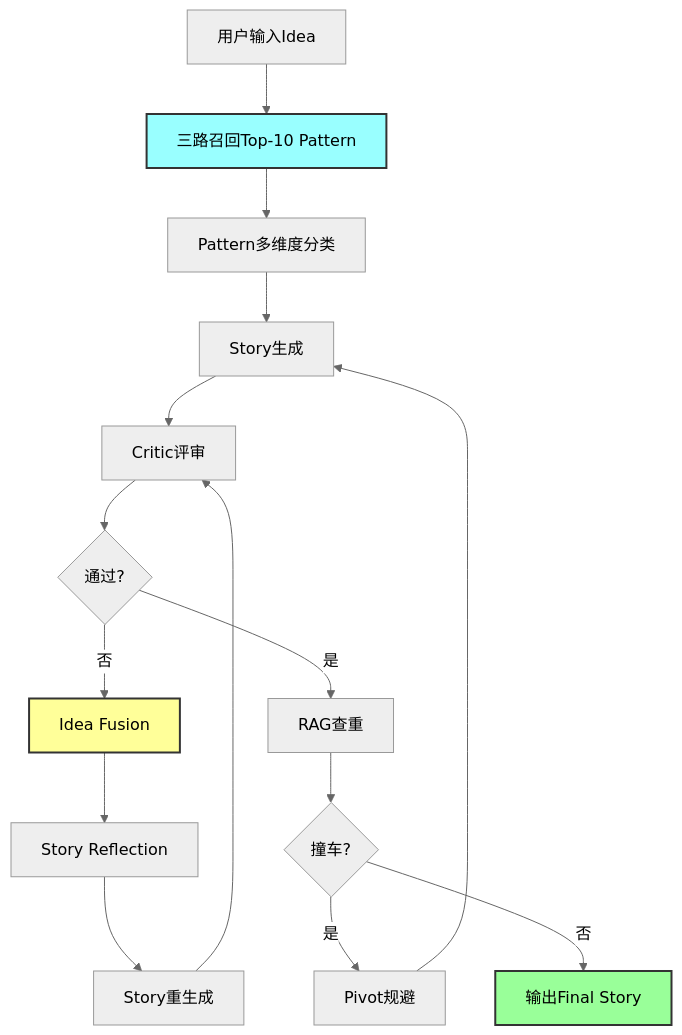
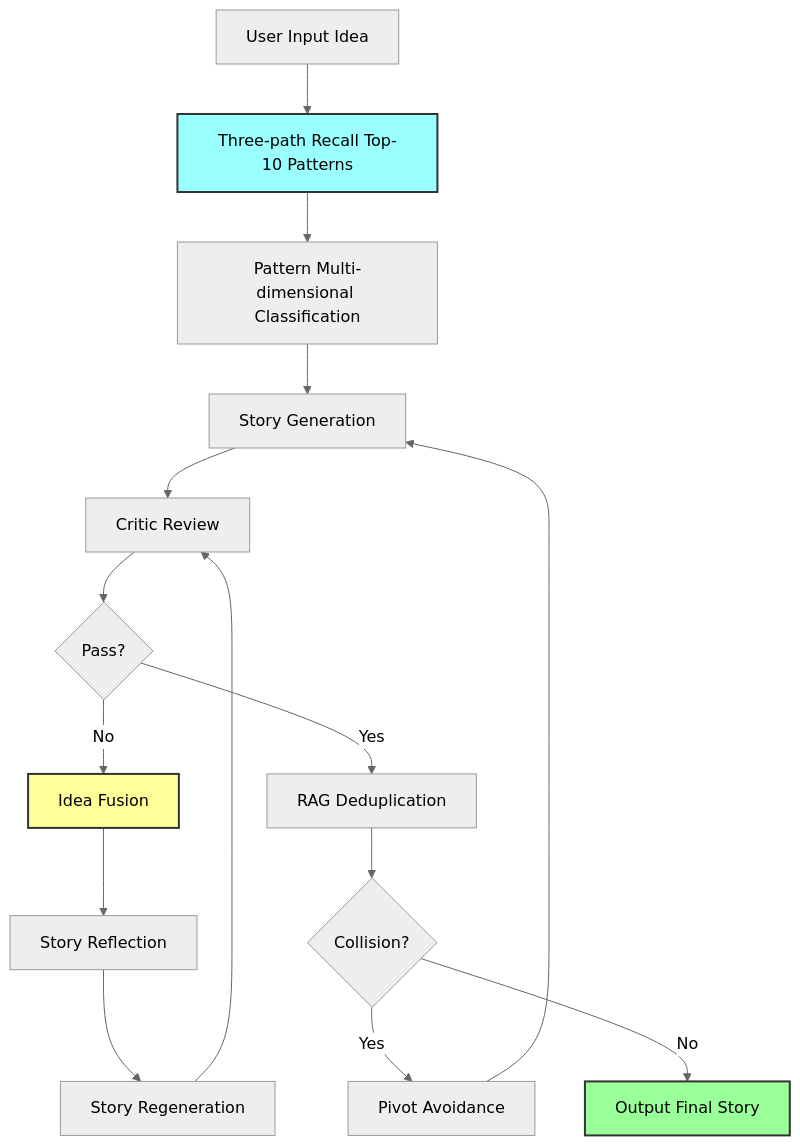
The diagram in Paper-KG-Pipeline/README.md (bowen-xu/Idea2Paper), drawn with Mermaid (neutral theme) before and after one commit. The commit also changed other lines of this file and 14 other files, not shown here.

````diff
--- a/Paper-KG-Pipeline/README.md
+++ b/Paper-KG-Pipeline/README.md
@@ -137,21 +137,21 @@
 ```mermaid
 graph TB
-    A[用户输入Idea] --> B[三路召回Top-10 Pattern]
-    B --> C[Pattern多维度分类]
-    C --> D[Story生成]
-    D --> E[Critic评审]
-    E --> F{通过?}
-    F -->|否| G[Idea Fusion]
+    A[User Input Idea] --> B[Three-path Recall Top-10 Patterns]
+    B --> C[Pattern Multi-dimensional Classification]
+    C --> D[Story Generation]
+    D --> E[Critic Review]
+    E --> F{Pass?}
+    F -->|No| G[Idea Fusion]
     G --> H[Story Reflection]
-    H --> I[Story重生成]
+    H --> I[Story Regeneration]
     I --> E
-    F -->|是| J[RAG查重]
-    J --> K{撞车?}
-    K -->|是| L[Pivot规避]
+    F -->|Yes| J[RAG Deduplication]
+    J --> K{Collision?}
+    K -->|Yes| L[Pivot Avoidance]
     L --> D
-    K -->|否| M[输出Final Story]
+    K -->|No| M[Output Final Story]
 
     style B fill:#9ff,stroke:#333,stroke-width:2px
     style G fill:#ff9,stroke:#333,stroke-width:2px
     style M fill:#9f9,stroke:#333,stroke-width:2px
 ```
````
